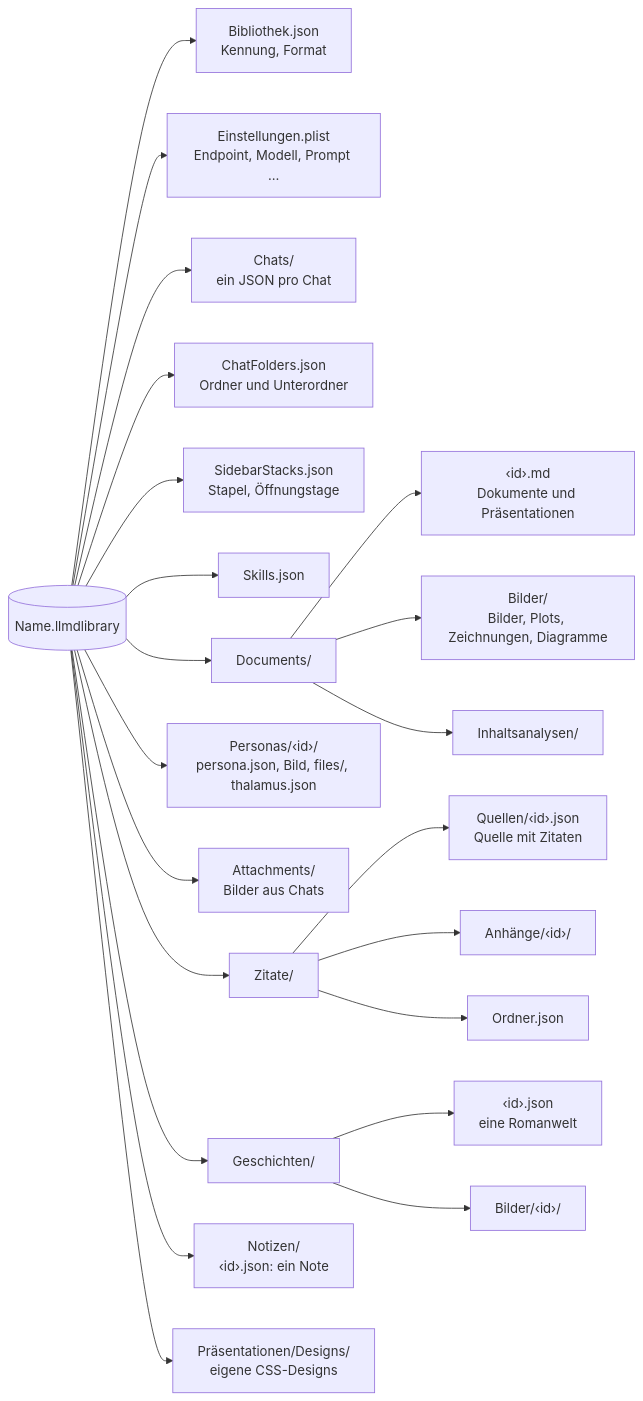
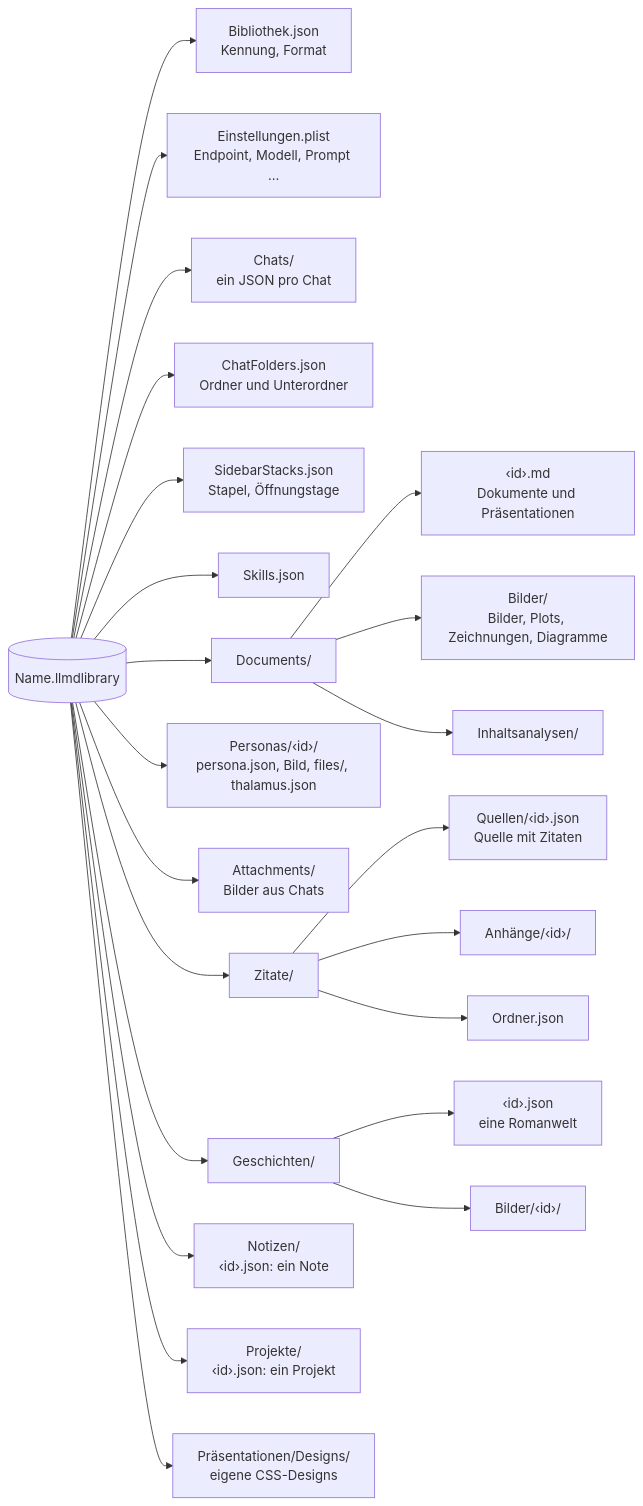
One commit to AlexEhrenberger/LLMDesigner changed the diagram in docs/speicherformate.md. Above: the diagram before and after it, drawn with Mermaid. The commit also changed other lines of this file and 45 other files, not shown here.

````diff
--- a/docs/speicherformate.md
+++ b/docs/speicherformate.md
@@ -14,24 +14,25 @@
 ```mermaid
 flowchart LR
     L[("Name.llmdlibrary")] --> B["Bibliothek.json<br/>Kennung, Format"]
     L --> E["Einstellungen.plist<br/>Endpoint, Modell, Prompt …"]
     L --> CH["Chats/<br/>ein JSON pro Chat"]
     L --> CF["ChatFolders.json<br/>Ordner und Unterordner"]
     L --> ST["SidebarStacks.json<br/>Stapel, Öffnungstage"]
     L --> SK["Skills.json"]
     L --> D["Documents/"]
     D --> DM["‹id›.md<br/>Dokumente und Präsentationen"]
     D --> BI["Bilder/<br/>Bilder, Plots, Zeichnungen, Diagramme"]
     D --> IA["Inhaltsanalysen/"]
     L --> PE["Personas/‹id›/<br/>persona.json, Bild, files/, thalamus.json"]
     L --> AT["Attachments/<br/>Bilder aus Chats"]
     L --> Z["Zitate/"]
     Z --> ZQ["Quellen/‹id›.json<br/>Quelle mit Zitaten"]
     Z --> ZA["Anhänge/‹id›/"]
     Z --> ZO["Ordner.json"]
     L --> G["Geschichten/"]
     G --> GW["‹id›.json<br/>eine Romanwelt"]
     G --> GB["Bilder/‹id›/"]
     L --> N["Notizen/<br/>‹id›.json: ein Note"]
+    L --> PJ["Projekte/<br/>‹id›.json: ein Projekt"]
     L --> PD["Präsentationen/Designs/<br/>eigene CSS-Designs"]
 ```
````
